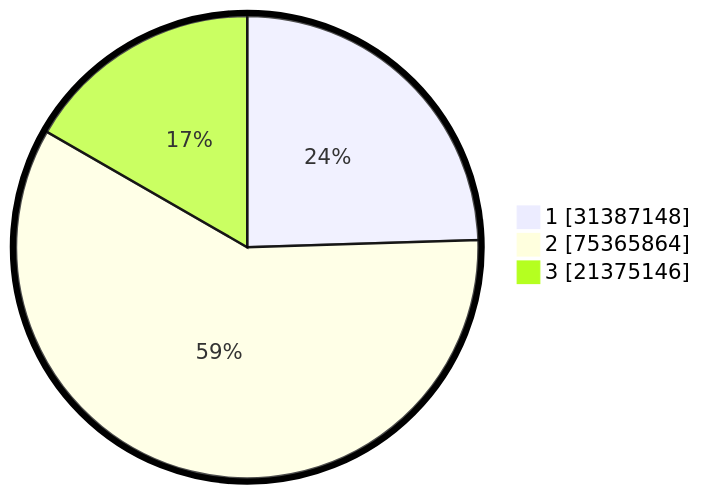
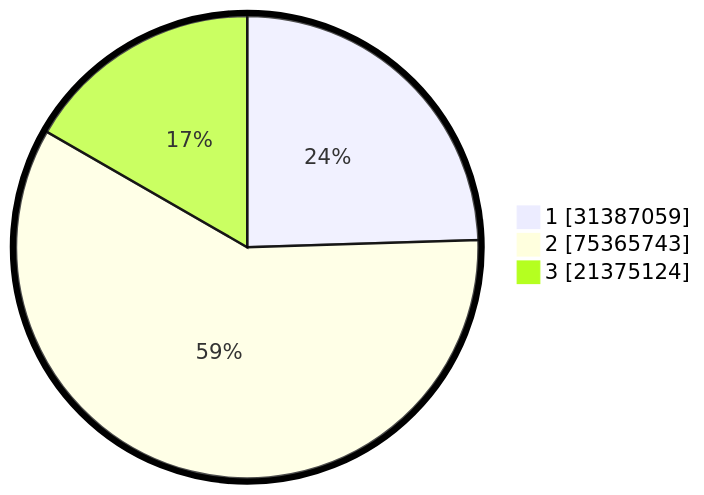
The second of 2 diagrams in pilpres/hitung-suara/README.md (gigit-pemilu/pemilu-2024), drawn with Mermaid before and after one commit. The commit also changed other lines of this file and 4 other files, not shown here.

````diff
--- a/pilpres/hitung-suara/README.md
+++ b/pilpres/hitung-suara/README.md
@@ -93,7 +93,7 @@
 ```mermaid
 %%{init: {"pie": {"textPosition": 0.5}, "themeVariables": {"pieOuterStrokeWidth": "5px"}} }%%
 pie showData
-    "1" : 31387148
-    "2" : 75365864
-    "3" : 21375146
+    "1" : 31387059
+    "2" : 75365743
+    "3" : 21375124
 ```
````
